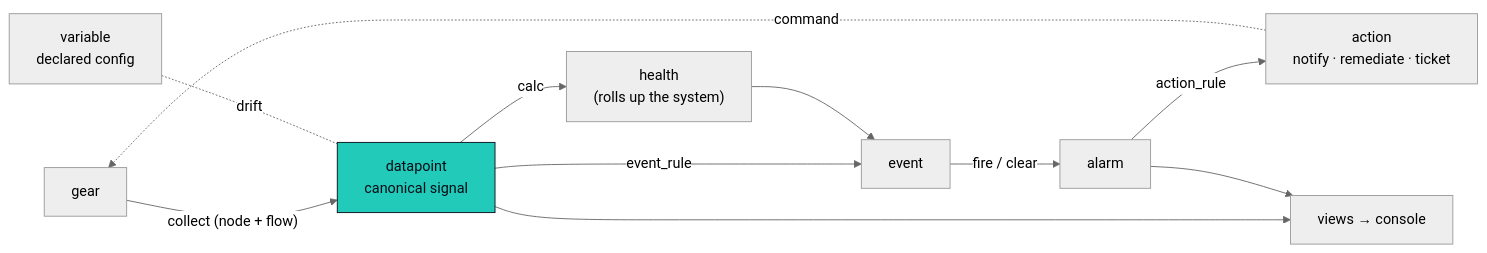
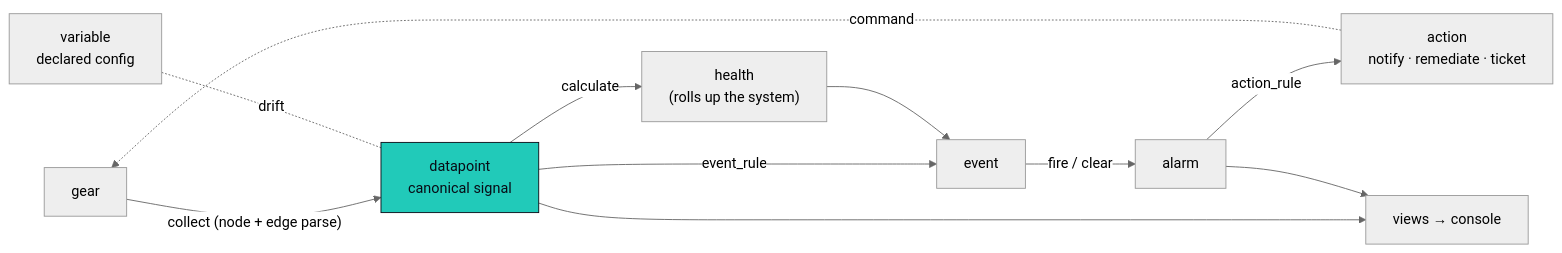
The second of 2 diagrams in docs/src/content/docs/architecture/index.md (hyperscaleav/omniglass), drawn with Mermaid (neutral theme) before and after one commit. The commit also changed other lines of this file, not shown here.

First line of the commit message:
docs(architecture): rewrite the Overview in the AV-teaching voice, apply review fixes

````diff
--- a/docs/src/content/docs/architecture/index.md
+++ b/docs/src/content/docs/architecture/index.md
@@ -92,14 +118,14 @@
 ```mermaid
 flowchart LR
-  G["gear"] -->|"collect (node + flow)"| DP["datapoint<br/>canonical signal"]
-  DP -->|"calc"| H["health<br/>(rolls up the system)"]
+  G["gear"] -->|"collect (node + edge parse)"| DP["datapoint<br/>canonical signal"]
+  DP -->|"calculate"| H["health<br/>(rolls up the system)"]
   DP -->|"event_rule"| EV["event"] -->|"fire / clear"| AL["alarm"]
   H --> EV
   AL -->|"action_rule"| AC["action<br/>notify · remediate · ticket"]
   AC -.->|"command"| G
   VAR["variable<br/>declared config"] -. "drift" .- DP
   DP --> VW["views → console"]
   AL --> VW
   classDef k fill:#21CAB9,stroke:#080c16,color:#080c16;
   class DP k;
 ```
````
